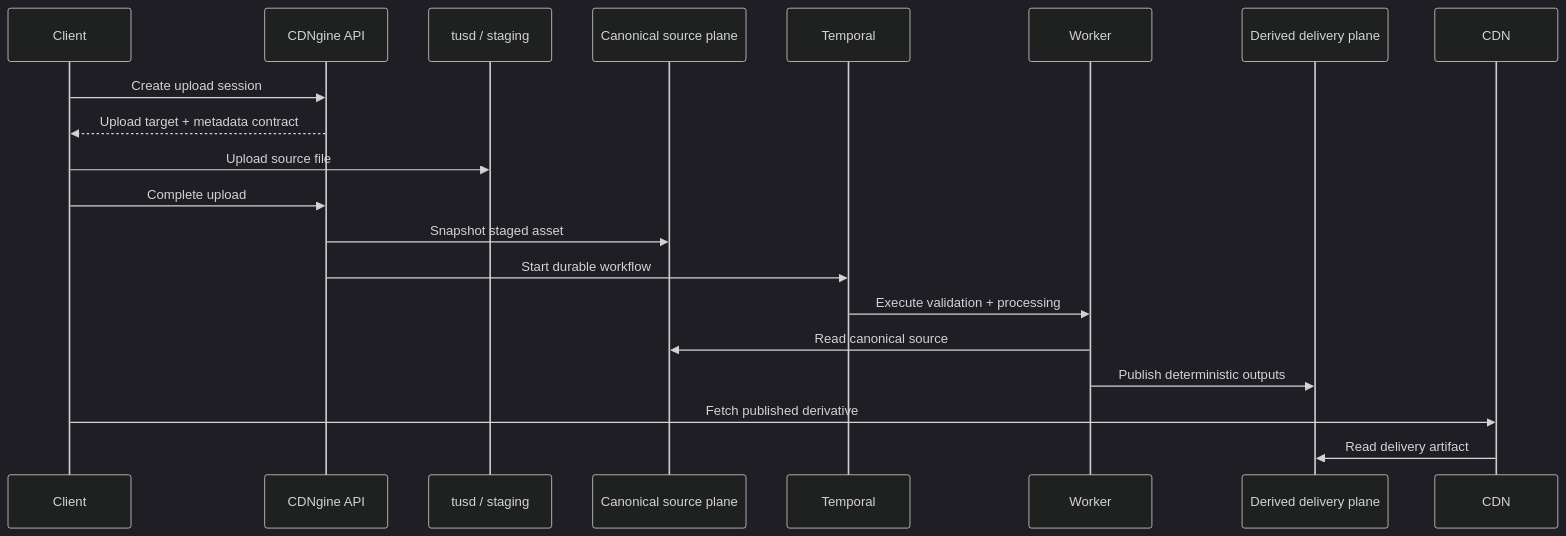
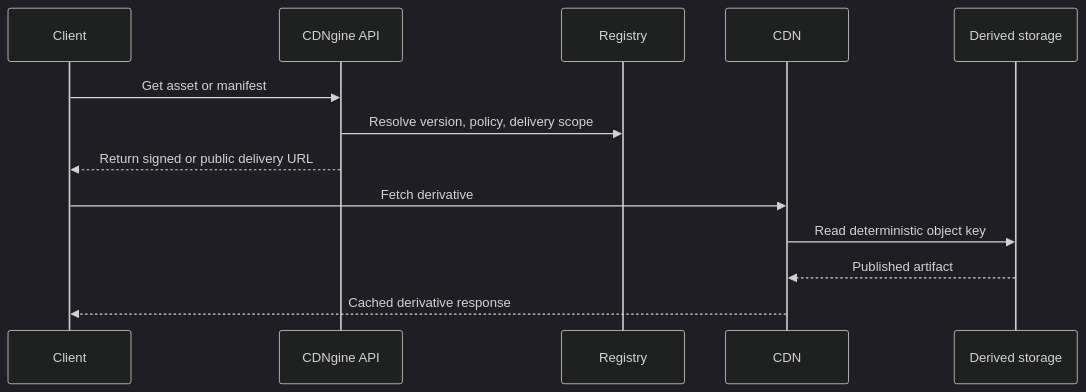
Before and after one commit to Yeusepe/cdngine: the fourth of 5 diagrams in README.md, drawn with Mermaid (dark theme). The commit also changed other lines of this file and 23 other files, not shown here.

````diff
--- a/README.md
+++ b/README.md
@@ -82,23 +134,16 @@
 ```mermaid
 sequenceDiagram
     participant Client
     participant API as CDNgine API
-    participant Ingest as tusd / staging
-    participant Source as Canonical source plane
-    participant Temporal as Temporal
-    participant Worker as Worker
-    participant Derived as Derived delivery plane
-    participant CDN as CDN
+    participant Registry
+    participant CDN
+    participant Derived as Derived storage
 
-    Client->>API: Create upload session
-    API-->>Client: Upload target + metadata contract
-    Client->>Ingest: Upload source file
-    Client->>API: Complete upload
-    API->>Source: Snapshot staged asset
-    API->>Temporal: Start durable workflow
-    Temporal->>Worker: Execute validation + processing
-    Worker->>Source: Read canonical source
-    Worker->>Derived: Publish deterministic outputs
-    Client->>CDN: Fetch published derivative
-    CDN->>Derived: Read delivery artifact
+    Client->>API: Get asset or manifest
+    API->>Registry: Resolve version, policy, delivery scope
+    API-->>Client: Return signed or public delivery URL
+    Client->>CDN: Fetch derivative
+    CDN->>Derived: Read deterministic object key
+    Derived-->>CDN: Published artifact
+    CDN-->>Client: Cached derivative response
 ```
````
